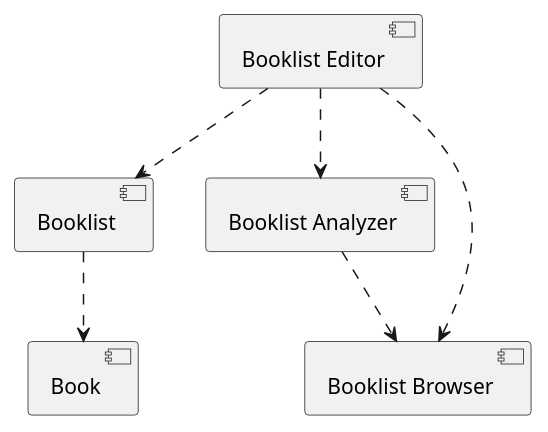
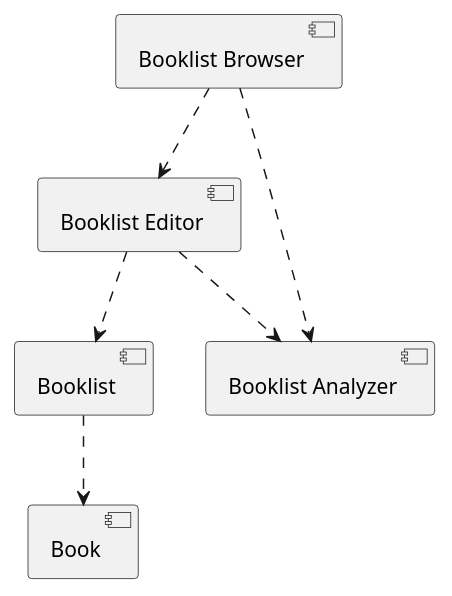
The diagram in domain/example-uml.iuml (andysylvester/federated-bookshelves), drawn with PlantUML before and after one commit.

```diff
--- a/domain/example-uml.iuml
+++ b/domain/example-uml.iuml
@@ -1,15 +1,15 @@
 @startuml
 
 component [Booklist] as Comp1
 component [Book] as Comp2
 component [Booklist Editor] as Comp3
 component [Booklist Analyzer] as Comp4
 component [Booklist Browser] as Comp5
 
 [Comp1] ..> Comp2
 [Comp3] ..> Comp4
 [Comp3] ..> Comp1
-[Comp3] ..> Comp5
-[Comp4] ..> Comp5
+[Comp5] ..> Comp3
+[Comp5] ..> Comp4
 
 @enduml
```
